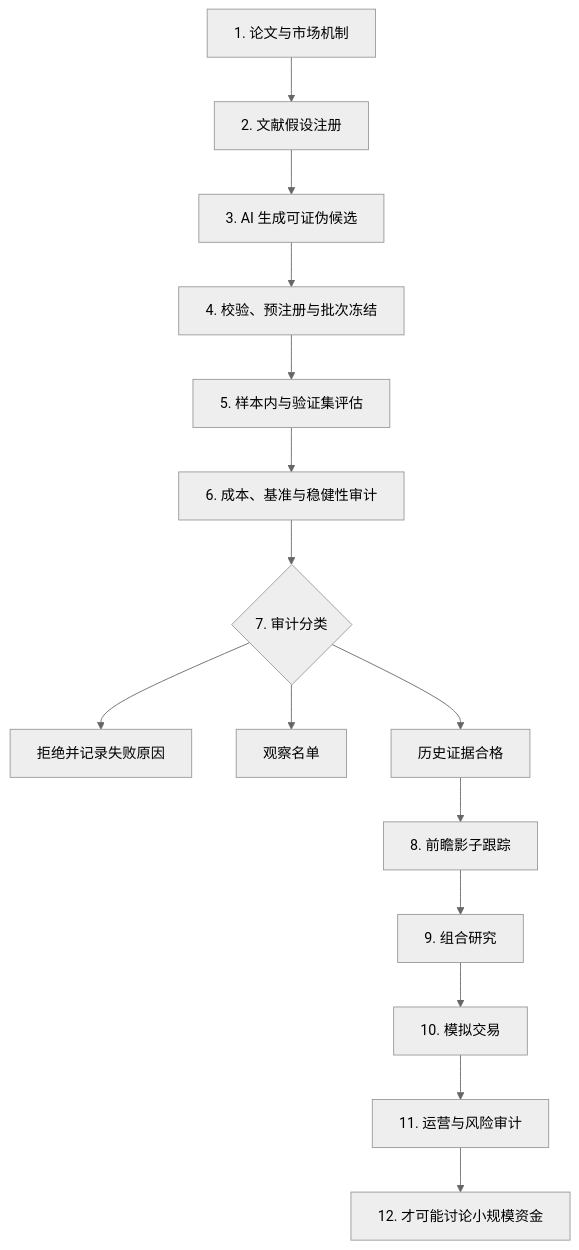
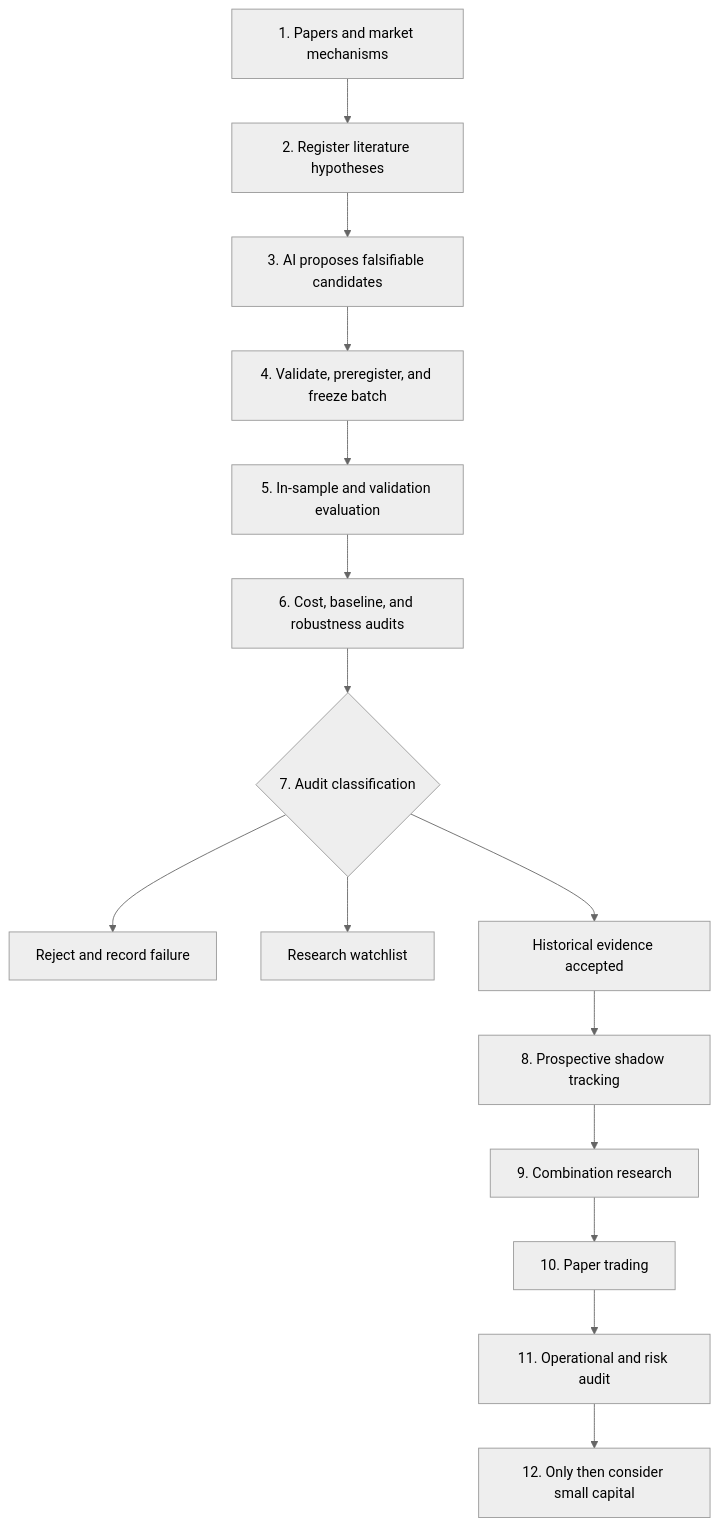
One commit to qniequn-boop/open-crypto-factor-research changed the diagram in README.md. Above: the diagram before and after it, drawn with Mermaid (neutral theme). The commit also changed other lines of this file and 1 other file, not shown here.

````diff
--- a/README.md
+++ b/README.md
@@ -32,17 +41,17 @@
 ```mermaid
 flowchart TD
-    A["1. 论文与市场机制"] --> B["2. 文献假设注册"]
-    B --> C["3. AI 生成可证伪候选"]
-    C --> D["4. 校验、预注册与批次冻结"]
-    D --> E["5. 样本内与验证集评估"]
-    E --> F["6. 成本、基准与稳健性审计"]
-    F --> G{"7. 审计分类"}
-    G --> H["拒绝并记录失败原因"]
-    G --> I["观察名单"]
-    G --> J["历史证据合格"]
-    J --> K["8. 前瞻影子跟踪"]
-    K --> L["9. 组合研究"]
-    L --> M["10. 模拟交易"]
-    M --> N["11. 运营与风险审计"]
-    N --> O["12. 才可能讨论小规模资金"]
+    A["1. Papers and market mechanisms"] --> B["2. Register literature hypotheses"]
+    B --> C["3. AI proposes falsifiable candidates"]
+    C --> D["4. Validate, preregister, and freeze batch"]
+    D --> E["5. In-sample and validation evaluation"]
+    E --> F["6. Cost, baseline, and robustness audits"]
+    F --> G{"7. Audit classification"}
+    G --> H["Reject and record failure"]
+    G --> I["Research watchlist"]
+    G --> J["Historical evidence accepted"]
+    J --> K["8. Prospective shadow tracking"]
+    K --> L["9. Combination research"]
+    L --> M["10. Paper trading"]
+    M --> N["11. Operational and risk audit"]
+    N --> O["12. Only then consider small capital"]
 ```
````
